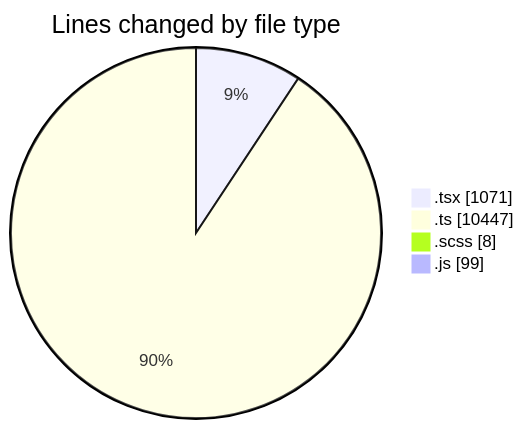
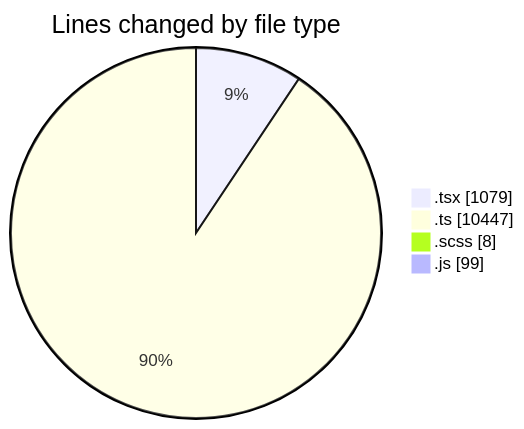
One commit to momahboobian/code-tracking changed the first of 2 diagrams in 2025-03-26/cda/README.md. Above: the diagram before and after it, drawn with Mermaid. The commit also changed other lines of this file and 1 other file, not shown here.

````diff
--- a/2025-03-26/cda/README.md
+++ b/2025-03-26/cda/README.md
@@ -41,8 +41,8 @@
 ```mermaid
 pie showData
 title Lines changed by file type
-".tsx" : 1071
+".tsx" : 1079
 ".ts" : 10447
 ".scss" : 8
 ".js" : 99
 ```
````
